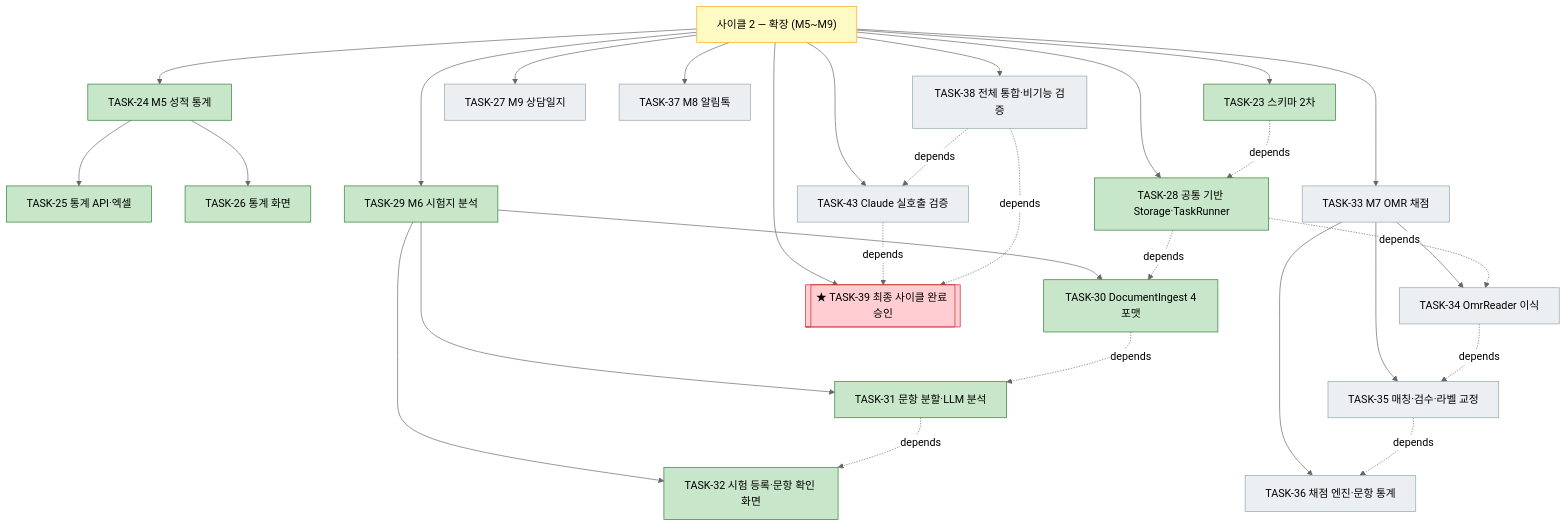
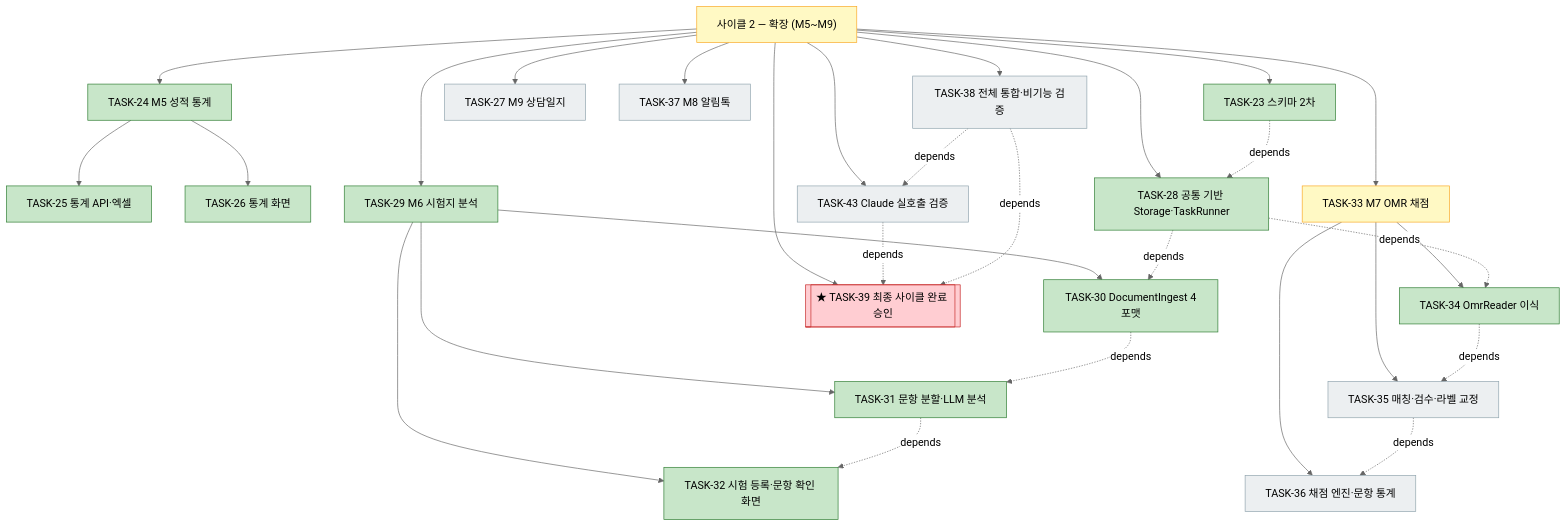
One commit to bluesky5008/mathdesk changed the third of 4 diagrams in docs/plan.md. Above: the diagram before and after it, drawn with Mermaid (neutral theme). The commit also changed other lines of this file and 11 other files, not shown here.

First line of the commit message:
feat(api): TASK-34 OmrReader 제품 이식 — 판독·페이지 분리·업로드

````diff
--- a/docs/plan.md
+++ b/docs/plan.md
@@ -184,36 +184,36 @@
 ```mermaid
 flowchart TD
     C2["사이클 2 — 확장 (M5~M9)"]:::active
     C2 --> T23["TASK-23 스키마 2차"]:::done
     C2 --> T24["TASK-24 M5 성적 통계"]:::done
     T24 --> T25["TASK-25 통계 API·엑셀"]:::done
     T24 --> T26["TASK-26 통계 화면"]:::done
     C2 --> T27["TASK-27 M9 상담일지"]:::todo
     C2 --> T28["TASK-28 공통 기반 Storage·TaskRunner"]:::done
     C2 --> T29["TASK-29 M6 시험지 분석"]:::done
     T29 --> T30["TASK-30 DocumentIngest 4포맷"]:::done
     T29 --> T31["TASK-31 문항 분할·LLM 분석"]:::done
     T29 --> T32["TASK-32 시험 등록·문항 확인 화면"]:::done
-    C2 --> T33["TASK-33 M7 OMR 채점"]:::todo
-    T33 --> T34["TASK-34 OmrReader 이식"]:::todo
+    C2 --> T33["TASK-33 M7 OMR 채점"]:::active
+    T33 --> T34["TASK-34 OmrReader 이식"]:::done
     T33 --> T35["TASK-35 매칭·검수·라벨 교정"]:::todo
     T33 --> T36["TASK-36 채점 엔진·문항 통계"]:::todo
     C2 --> T37["TASK-37 M8 알림톡"]:::todo
     C2 --> T38["TASK-38 전체 통합·비기능 검증"]:::todo
     C2 --> T43["TASK-43 Claude 실호출 검증"]:::todo
     C2 --> T39[["★ TASK-39 최종 사이클 완료 승인"]]:::gate
     T23 -. depends .-> T28
     T28 -. depends .-> T30
     T30 -. depends .-> T31
     T31 -. depends .-> T32
     T28 -. depends .-> T34
     T34 -. depends .-> T35
     T35 -. depends .-> T36
     T38 -. depends .-> T43
     T43 -. depends .-> T39
     T38 -. depends .-> T39
     classDef done fill:#c8e6c9,stroke:#2e7d32
     classDef active fill:#fff9c4,stroke:#f9a825
     classDef todo fill:#eceff1,stroke:#90a4ae
     classDef gate fill:#ffcdd2,stroke:#c62828
 ```
````
